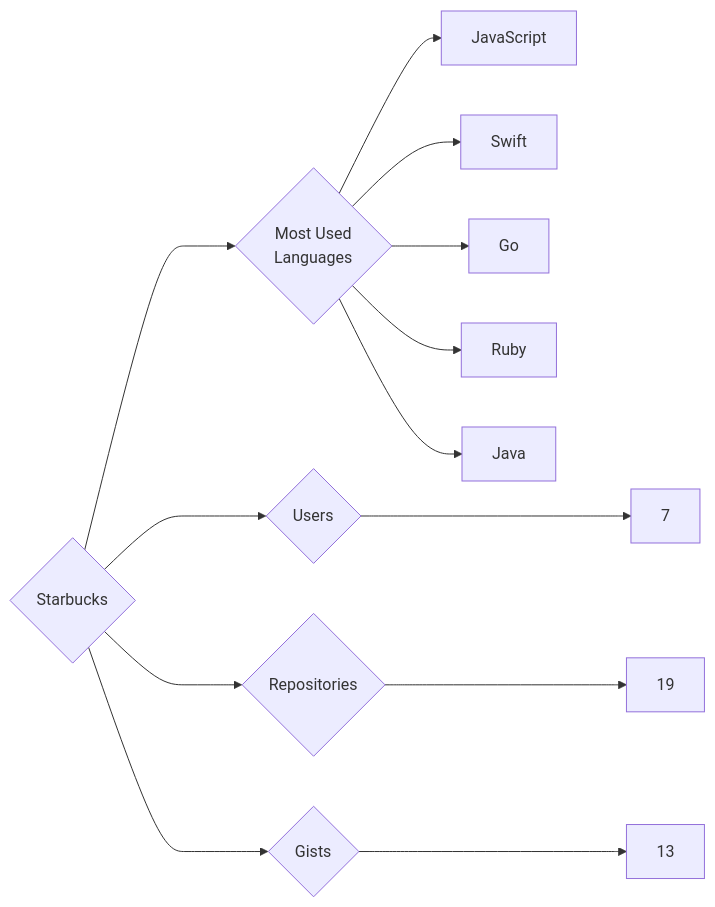
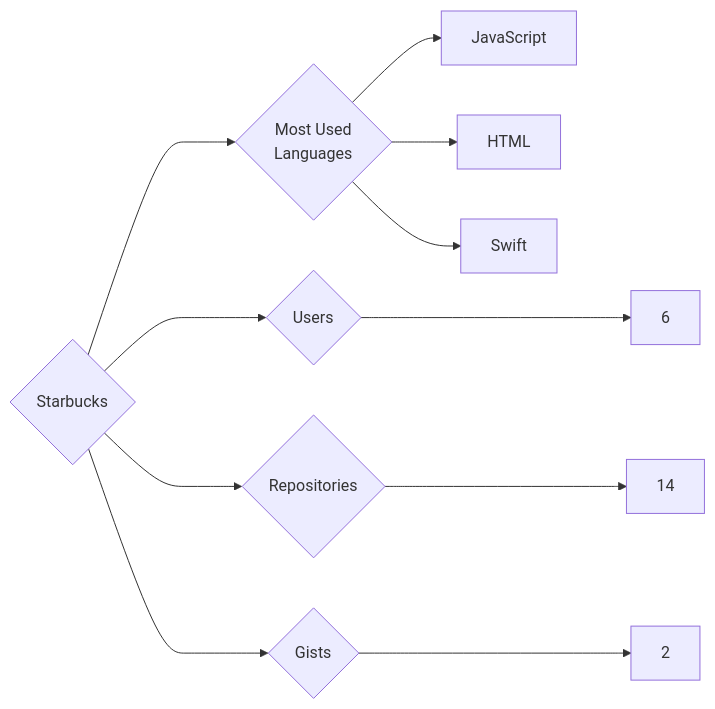
One commit to trickest/insiders changed the diagram in targets/Starbucks/README.md. Above: the diagram before and after it, drawn with Mermaid. The commit also changed 1508 other files, not shown here.

````diff
--- a/targets/Starbucks/README.md
+++ b/targets/Starbucks/README.md
@@ -3,13 +3,11 @@
 ```mermaid
 graph LR
 COMPANY_NAME{Starbucks}
-COMPANY_NAME ---> U{Users} ---> UN[7]
-COMPANY_NAME ---> R{Repositories} ---> RN[19]
-COMPANY_NAME ---> G{Gists} ---> GN[13]
+COMPANY_NAME ---> U{Users} ---> UN[6]
+COMPANY_NAME ---> R{Repositories} ---> RN[14]
+COMPANY_NAME ---> G{Gists} ---> GN[2]
 COMPANY_NAME ---> ML{Most Used<br>Languages}
 ML --> JavaScript[JavaScript]
+ML --> HTML[HTML]
 ML --> Swift[Swift]
-ML --> Go[Go]
-ML --> Ruby[Ruby]
-ML --> Java[Java]
 ```
````
